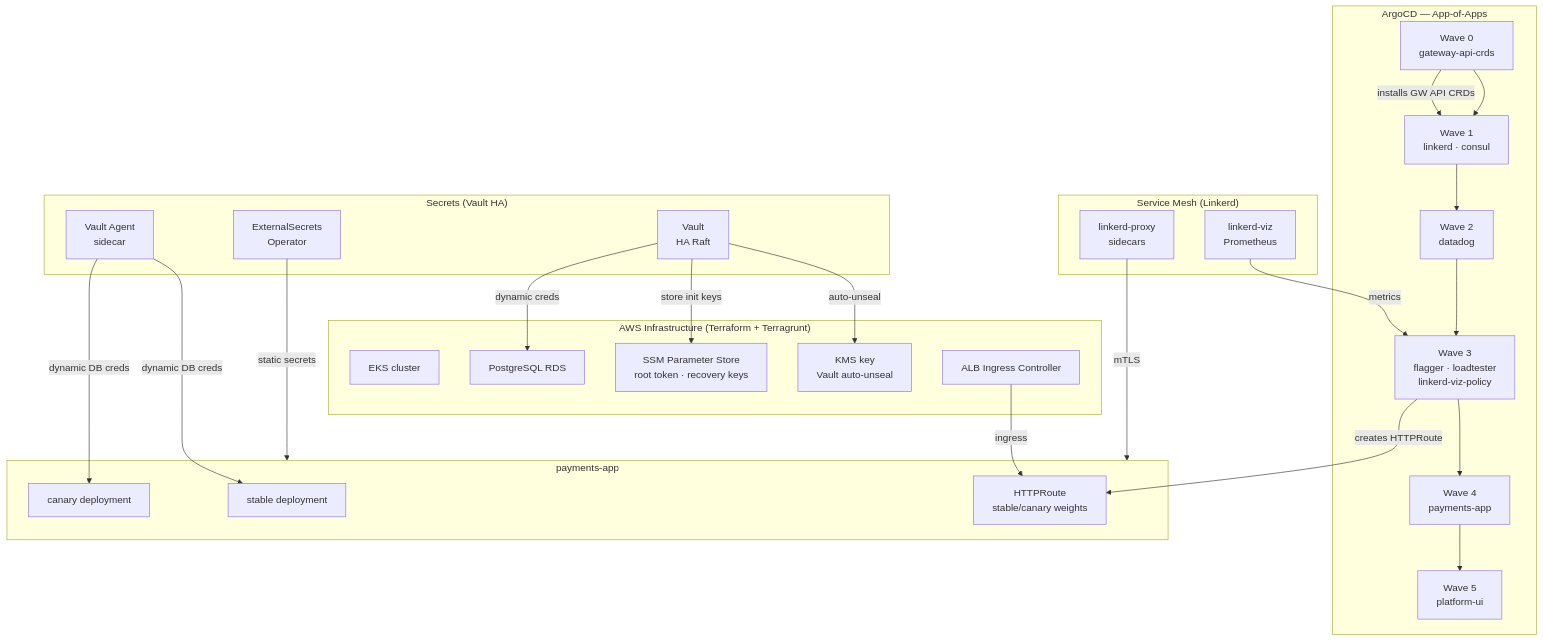
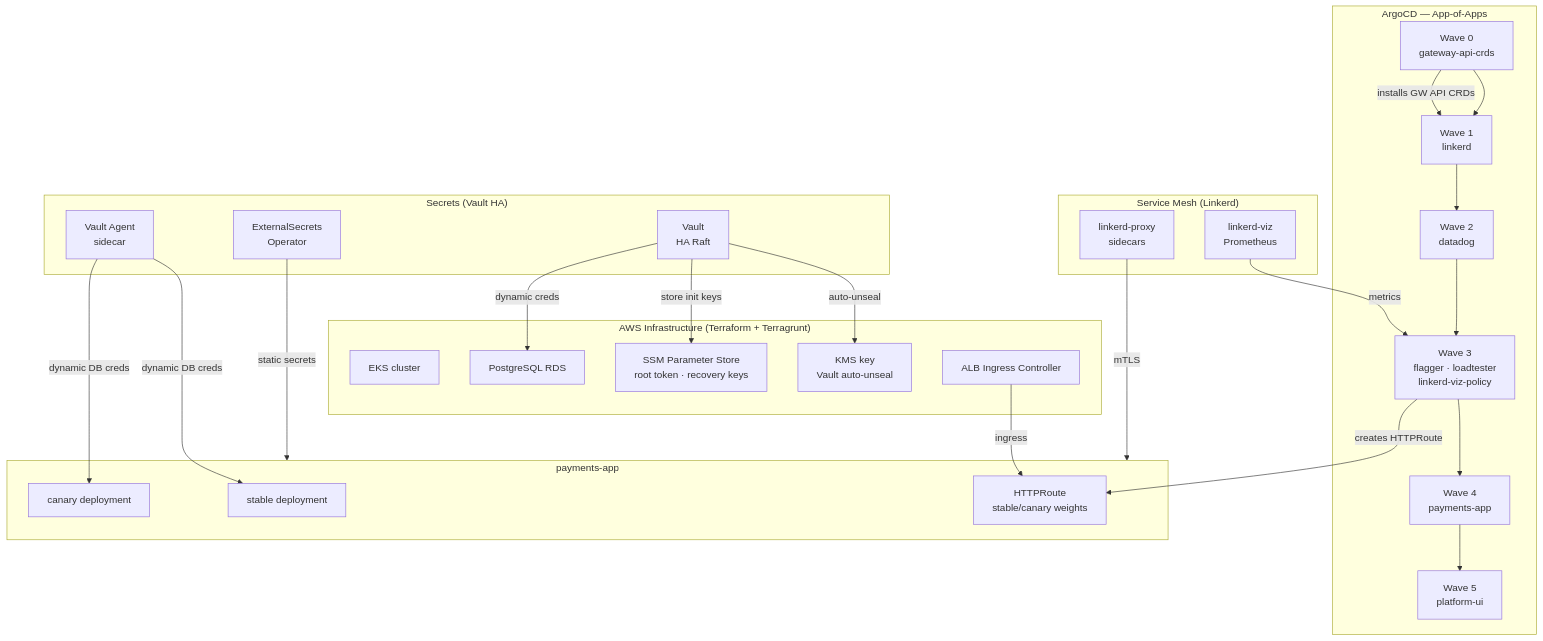
One commit to dungxtd/terragrunt-stacks changed diagram 12 of 13 in docs/COMPONENTS.md. Above: the diagram before and after it, drawn with Mermaid. The commit also changed other lines of this file and 5 other files, not shown here.

````diff
--- a/docs/COMPONENTS.md
+++ b/docs/COMPONENTS.md
@@ -377,49 +337,49 @@
 ```mermaid
 graph TD
     subgraph ArgoCD ["ArgoCD — App-of-Apps"]
         W0[Wave 0\ngateway-api-crds]
-        W1[Wave 1\nlinkerd · consul]
+        W1[Wave 1\nlinkerd]
         W2[Wave 2\ndatadog]
         W3[Wave 3\nflagger · loadtester\nlinkerd-viz-policy]
         W4[Wave 4\npayments-app]
         W5[Wave 5\nplatform-ui]
         W0 --> W1 --> W2 --> W3 --> W4 --> W5
     end
 
     subgraph Infra ["AWS Infrastructure (Terraform + Terragrunt)"]
         EKS[EKS cluster]
         RDS[PostgreSQL RDS]
         KMS[KMS key\nVault auto-unseal]
         SSM[SSM Parameter Store\nroot token · recovery keys]
         ALB[ALB Ingress Controller]
     end
 
     subgraph Mesh ["Service Mesh (Linkerd)"]
         LP[linkerd-proxy\nsidecars]
         VIZ[linkerd-viz\nPrometheus]
     end
 
     subgraph Secrets ["Secrets (Vault HA)"]
         VA[Vault Agent\nsidecar]
         ESO[ExternalSecrets\nOperator]
         VaultCore[Vault\nHA Raft]
     end
 
     subgraph App ["payments-app"]
         Stable[stable deployment]
         Canary[canary deployment]
         HR[HTTPRoute\nstable/canary weights]
     end
 
     W0 -->|installs GW API CRDs| W1
     W3 -->|creates HTTPRoute| HR
     VIZ -->|metrics| W3
     LP -->|mTLS| App
     VA -->|dynamic DB creds| Stable
     VA -->|dynamic DB creds| Canary
     ESO -->|static secrets| App
     VaultCore -->|auto-unseal| KMS
     VaultCore -->|store init keys| SSM
     VaultCore -->|dynamic creds| RDS
     ALB -->|ingress| HR
 ```
````
